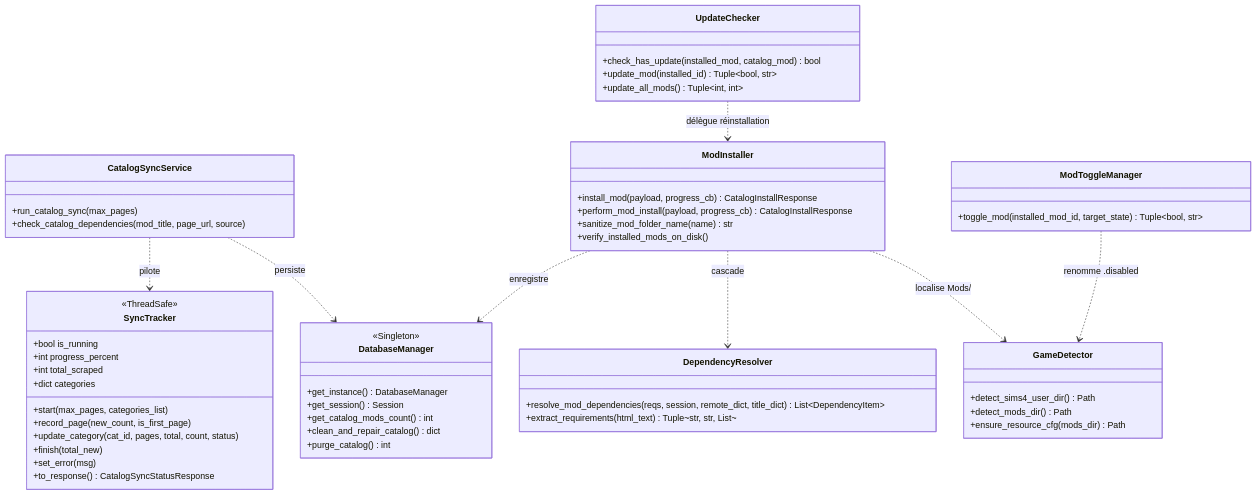
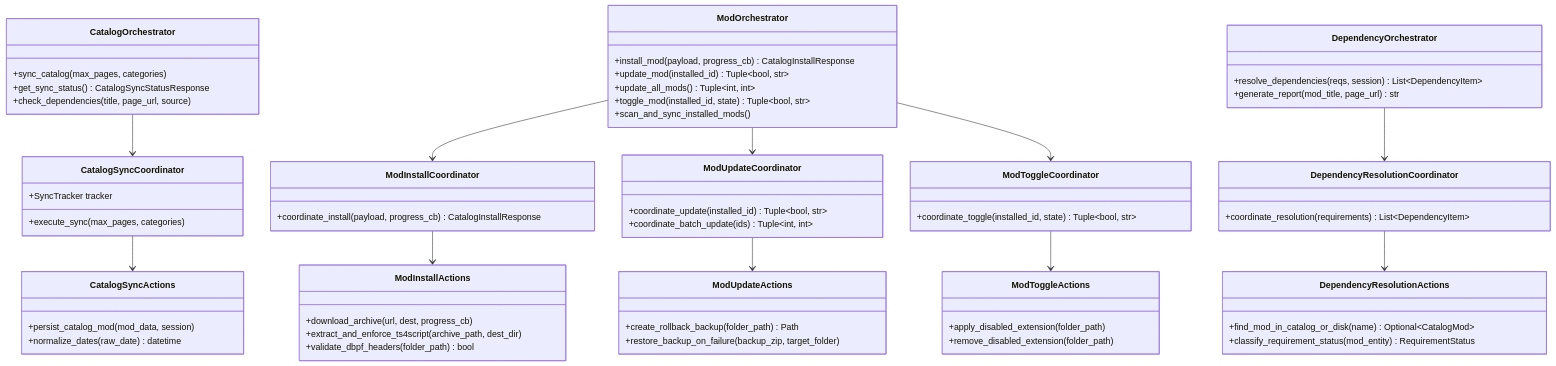
The second of 5 diagrams in documentation/modules_and_classes.md (pleasurecreator610-boop/SIMS4-Mods-Manager), drawn with Mermaid before and after one commit. The commit also changed other lines of this file and 7 other files, not shown here.

Commit message:
docs: update technical documentation with 3-tier architecture, add performance roadmap and refresh accessible README

````diff
--- a/documentation/modules_and_classes.md
+++ b/documentation/modules_and_classes.md
@@ -73,66 +73,86 @@
 ```mermaid
 classDiagram
-    class DatabaseManager {
-        <<Singleton>>
-        +get_instance() DatabaseManager
-        +get_session() Session
-        +get_catalog_mods_count() int
-        +clean_and_repair_catalog() dict
-        +purge_catalog() int
+    %% Tier 1 : Orchestrators
+    class CatalogOrchestrator {
+        +sync_catalog(max_pages, categories)
+        +get_sync_status() CatalogSyncStatusResponse
+        +check_dependencies(title, page_url, source)
     }
 
-    class CatalogSyncService {
-        +run_catalog_sync(max_pages)
-        +check_catalog_dependencies(mod_title, page_url, source)
+    class ModOrchestrator {
+        +install_mod(payload, progress_cb) CatalogInstallResponse
+        +update_mod(installed_id) Tuple~bool, str~
+        +update_all_mods() Tuple~int, int~
+        +toggle_mod(installed_id, state) Tuple~bool, str~
+        +scan_and_sync_installed_mods()
     }
 
-    class SyncTracker {
-        <<ThreadSafe>>
-        +bool is_running
-        +int progress_percent
-        +int total_scraped
-        +dict categories
-        +start(max_pages, categories_list)
-        +record_page(new_count, is_first_page)
-        +update_category(cat_id, pages, total, count, status)
-        +finish(total_new)
-        +set_error(msg)
-        +to_response() CatalogSyncStatusResponse
+    class DependencyOrchestrator {
+        +resolve_dependencies(reqs, session) List~DependencyItem~
+        +generate_report(mod_title, page_url) str
     }
 
-    class ModInstaller {
-        +install_mod(payload, progress_cb) CatalogInstallResponse
-        +perform_mod_install(payload, progress_cb) CatalogInstallResponse
-        +sanitize_mod_folder_name(name) str
-        +verify_installed_mods_on_disk()
+    %% Tier 2 : Coordinators
+    class CatalogSyncCoordinator {
+        +SyncTracker tracker
+        +execute_sync(max_pages, categories)
     }
 
-    class ModToggleManager {
-        +toggle_mod(installed_mod_id, target_state) Tuple~bool, str~
+    class ModInstallCoordinator {
+        +coordinate_install(payload, progress_cb) CatalogInstallResponse
     }
 
-    class UpdateChecker {
-        +check_has_update(installed_mod, catalog_mod) bool
-        +update_mod(installed_id) Tuple~bool, str~
-        +update_all_mods() Tuple~int, int~
+    class ModUpdateCoordinator {
+        +coordinate_update(installed_id) Tuple~bool, str~
+        +coordinate_batch_update(ids) Tuple~int, int~
     }
 
-    class DependencyResolver {
-        +resolve_mod_dependencies(reqs, session, remote_dict, title_dict) List~DependencyItem~
-        +extract_requirements(html_text) Tuple~str, str, List~
+    class ModToggleCoordinator {
+        +coordinate_toggle(installed_id, state) Tuple~bool, str~
     }
 
-    class GameDetector {
-        +detect_sims4_user_dir() Path
-        +detect_mods_dir() Path
-        +ensure_resource_cfg(mods_dir) Path
+    class DependencyResolutionCoordinator {
+        +coordinate_resolution(requirements) List~DependencyItem~
     }
 
-    CatalogSyncService ..> SyncTracker : pilote
-    CatalogSyncService ..> DatabaseManager : persiste
-    ModInstaller ..> GameDetector : localise Mods/
-    ModInstaller ..> DependencyResolver : cascade
-    ModInstaller ..> DatabaseManager : enregistre
-    ModToggleManager ..> GameDetector : renomme .disabled
-    UpdateChecker ..> ModInstaller : délègue réinstallation
+    %% Tier 3 : Actions
+    class CatalogSyncActions {
+        +persist_catalog_mod(mod_data, session)
+        +normalize_dates(raw_date) datetime
+    }
+
+    class ModInstallActions {
+        +download_archive(url, dest, progress_cb)
+        +extract_and_enforce_ts4script(archive_path, dest_dir)
+        +validate_dbpf_headers(folder_path) bool
+    }
+
+    class ModUpdateActions {
+        +create_rollback_backup(folder_path) Path
+        +restore_backup_on_failure(backup_zip, target_folder)
+    }
+
+    class ModToggleActions {
+        +apply_disabled_extension(folder_path)
+        +remove_disabled_extension(folder_path)
+    }
+
+    class DependencyResolutionActions {
+        +find_mod_in_catalog_or_disk(name) Optional~CatalogMod~
+        +classify_requirement_status(mod_entity) RequirementStatus
+    }
+
+    %% Liaisons Tier 1 -> Tier 2
+    CatalogOrchestrator --> CatalogSyncCoordinator
+    ModOrchestrator --> ModInstallCoordinator
+    ModOrchestrator --> ModUpdateCoordinator
+    ModOrchestrator --> ModToggleCoordinator
+    DependencyOrchestrator --> DependencyResolutionCoordinator
+
+    %% Liaisons Tier 2 -> Tier 3
+    CatalogSyncCoordinator --> CatalogSyncActions
+    ModInstallCoordinator --> ModInstallActions
+    ModUpdateCoordinator --> ModUpdateActions
+    ModToggleCoordinator --> ModToggleActions
+    DependencyResolutionCoordinator --> DependencyResolutionActions
 ```
````
